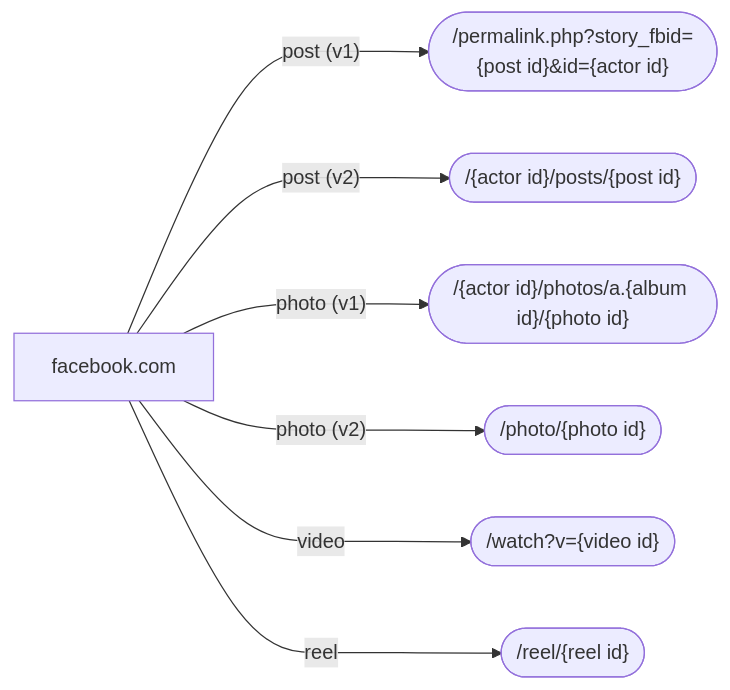
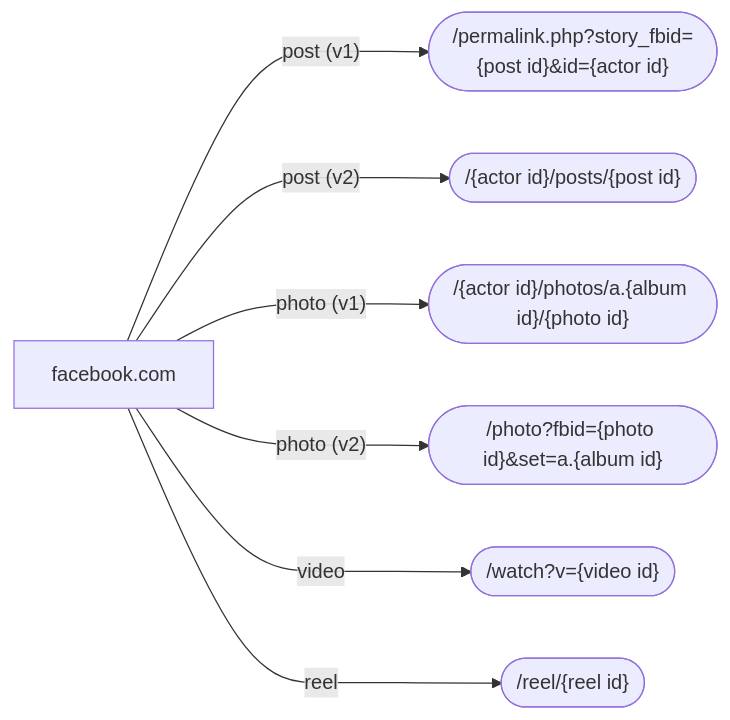
The diagram in docs/facebook/ids-and-their-extraction.md (apankowski/garcon), drawn with Mermaid before and after one commit. The commit also changed other lines of this file, not shown here.

Commit message:
Fix alternative photo URL template

````diff
--- a/docs/facebook/ids-and-their-extraction.md
+++ b/docs/facebook/ids-and-their-extraction.md
@@ -30,10 +30,10 @@
 ```mermaid
 graph LR
     facebook[facebook.com]
     facebook -- "post (v1)" ---> post_v1(["/permalink.php?story_fbid={post id}&id={actor id}"])
     facebook -- "post (v2)" ---> post_v2(["/{actor id}/posts/{post id}"])
     facebook -- "photo (v1)" ---> photo_v1(["/{actor id}/photos/a.{album id}/{photo id}"])
-    facebook -- "photo (v2)" ---> photo_v2(["/photo/{photo id}"])
+    facebook -- "photo (v2)" ---> photo_v2(["/photo?fbid={photo id}&set=a.{album id}"])
     facebook -- "video" ---> video(["/watch?v={video id}"])
     facebook -- "reel" ---> reel(["/reel/{reel id}"])
 ```
````
